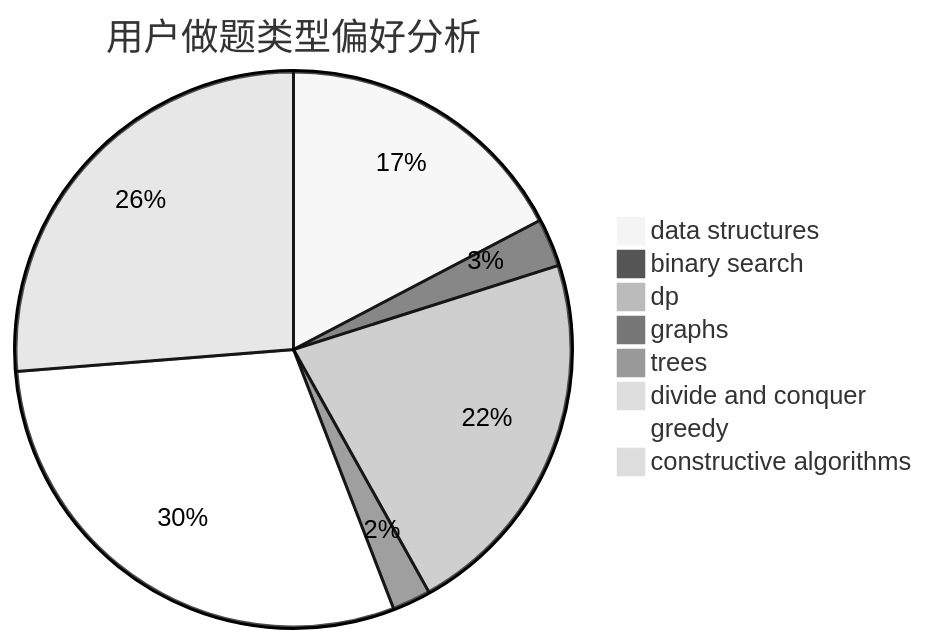
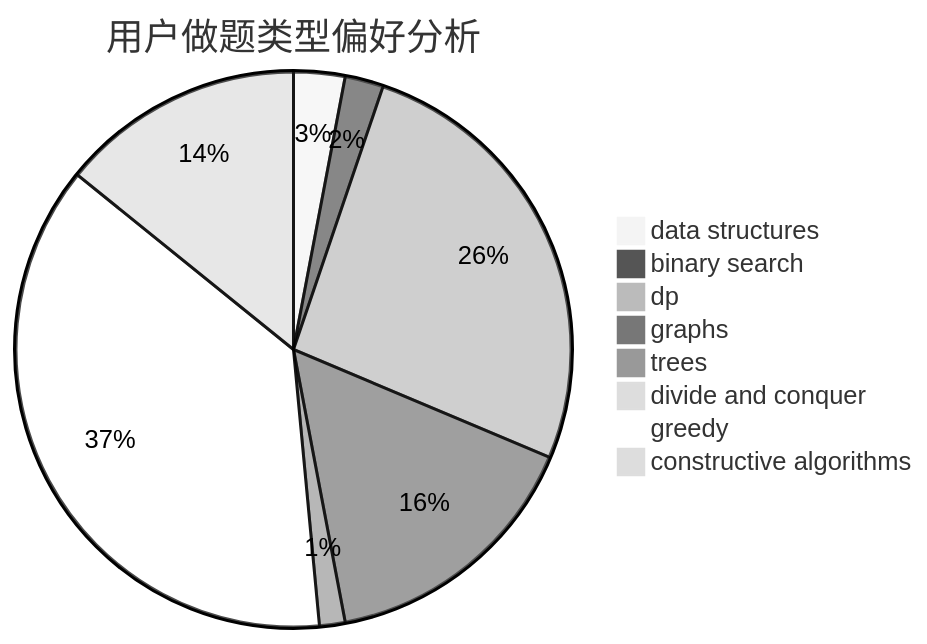
Before and after one commit to sherpahu/cfrs.github.io: the second of 3 diagrams in docs/user/u2457.md, drawn with Mermaid (neutral theme). The commit also changed other lines of this file and 2770 other files, not shown here.

````diff
--- a/docs/user/u2457.md
+++ b/docs/user/u2457.md
@@ -23,11 +23,11 @@
 ```mermaid
 pie title 用户做题类型偏好分析
-    "data structures" :  31
-    "binary search" :  5
-    "dp" :  39
-    "graphs" :  4
-    "trees" :  0
+    "data structures" :  4
+    "binary search" :  3
+    "dp" :  35
+    "graphs" :  21
+    "trees" :  2
     "divide and conquer" :  0
-    "greedy" :  53
-    "constructive algorithms" :  47
+    "greedy" :  50
+    "constructive algorithms" :  19
 ```
````
